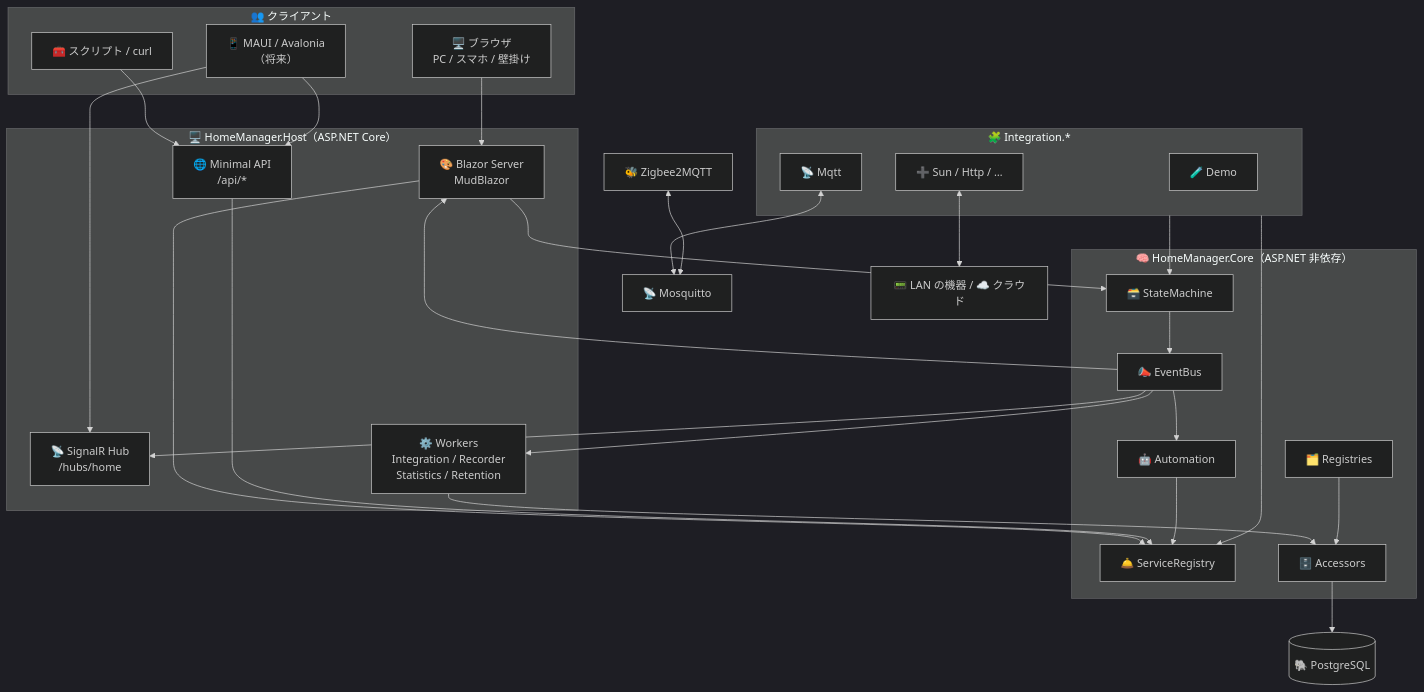
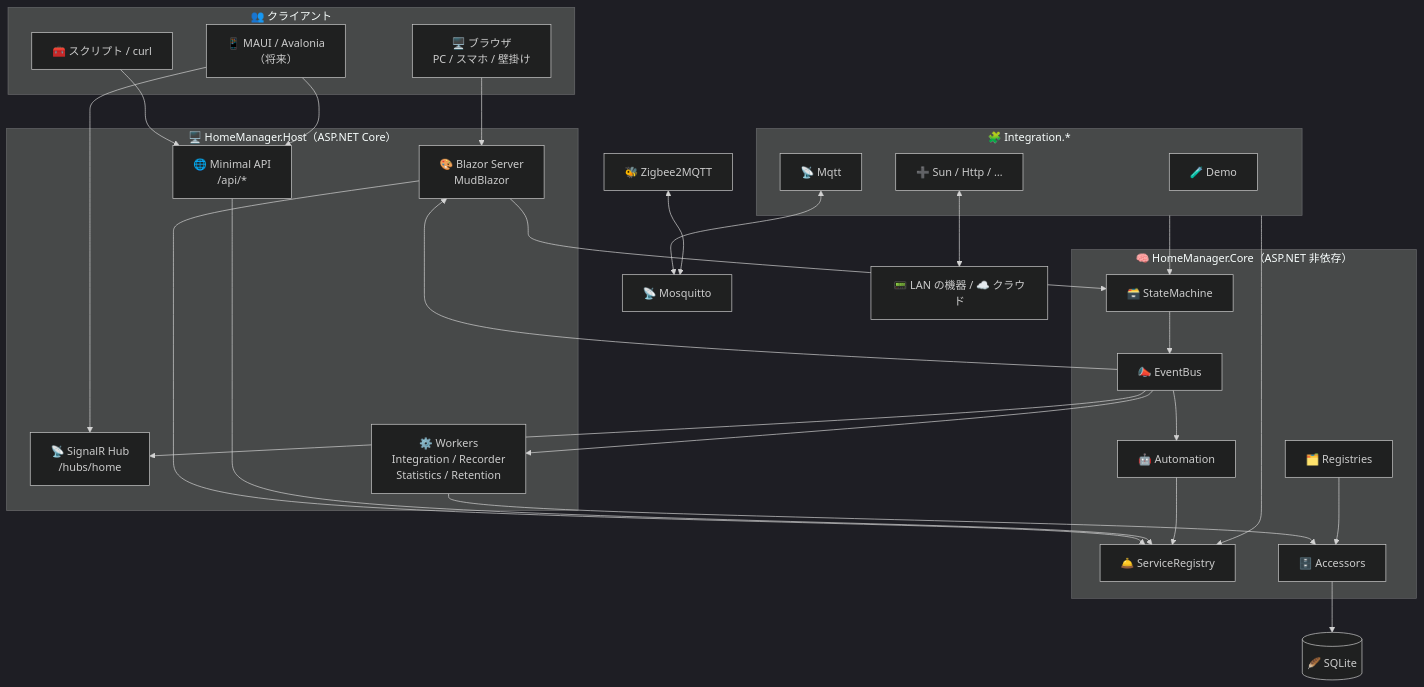
Before and after one commit to usausa/home-manager: the first of 4 diagrams in docs/06-dotnet-architecture.md, drawn with Mermaid (dark theme). The commit also changed other lines of this file and 61 other files, not shown here.

````diff
--- a/docs/06-dotnet-architecture.md
+++ b/docs/06-dotnet-architecture.md
@@ -26,57 +26,57 @@
 ```mermaid
 flowchart TB
     subgraph Clients["👥 クライアント"]
         BR["🖥️ ブラウザ<br/>PC / スマホ / 壁掛け"]
         EXT["🧰 スクリプト / curl"]
         NAT["📱 MAUI / Avalonia<br/>（将来）"]
     end
 
     subgraph Host["🖥️ HomeManager.Host（ASP.NET Core）"]
         UI["🎨 Blazor Server<br/>MudBlazor"]
         API["🌐 Minimal API<br/>/api/*"]
         HUB["📡 SignalR Hub<br/>/hubs/home"]
         WK["⚙️ Workers<br/>Integration / Recorder<br/>Statistics / Retention"]
     end
 
     subgraph Core["🧠 HomeManager.Core（ASP.NET 非依存）"]
         BUS["📣 EventBus"]
         SM["🗃️ StateMachine"]
         SR["🛎️ ServiceRegistry"]
         REG["🗂️ Registries"]
         AUTO["🤖 Automation"]
         ACC["🗄️ Accessors"]
     end
 
     subgraph Integrations["🧩 Integration.*"]
         DEMO["🧪 Demo"]
         MQTT["📡 Mqtt"]
         MORE["➕ Sun / Http / …"]
     end
 
-    PG[("🐘 PostgreSQL")]
+    PG[("🪶 SQLite")]
     BROKER["📡 Mosquitto"]
     Z2M["🐝 Zigbee2MQTT"]
     DEV["📟 LAN の機器 / ☁️ クラウド"]
 
     BR --> UI
     EXT --> API
     NAT --> API
     NAT --> HUB
     UI --> SM
     UI --> SR
     API --> SR
     Integrations --> SM
     Integrations --> SR
     SM --> BUS
     BUS --> AUTO
     BUS --> UI
     BUS --> HUB
     BUS --> WK
     AUTO --> SR
     WK --> ACC
     REG --> ACC
     ACC --> PG
     MQTT <--> BROKER
     Z2M <--> BROKER
     MORE <--> DEV
 ```
````
